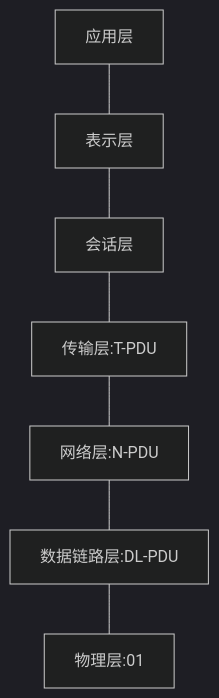
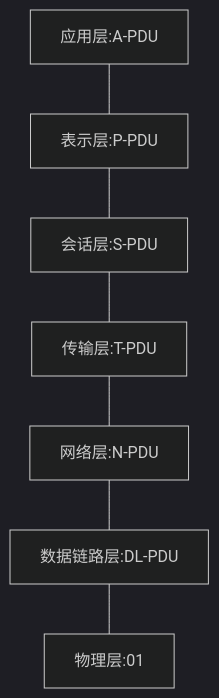
One commit to Traveler0014/LearningNote changed the fourth of 4 diagrams in Computer/Network.md. Above: the diagram before and after it, drawn with Mermaid (dark theme). The commit also changed other lines of this file, not shown here.

````diff
--- a/Computer/Network.md
+++ b/Computer/Network.md
@@ -292,4 +292,4 @@
 ```mermaid
 graph TB
-	应用层 --- 表示层 --- 会话层 --- 传输层:T-PDU --- 网络层:N-PDU --- 数据链路层:DL-PDU --- 物理层:01
+	应用层:A-PDU --- 表示层:P-PDU --- 会话层:S-PDU --- 传输层:T-PDU --- 网络层:N-PDU --- 数据链路层:DL-PDU --- 物理层:01
 ```
````
